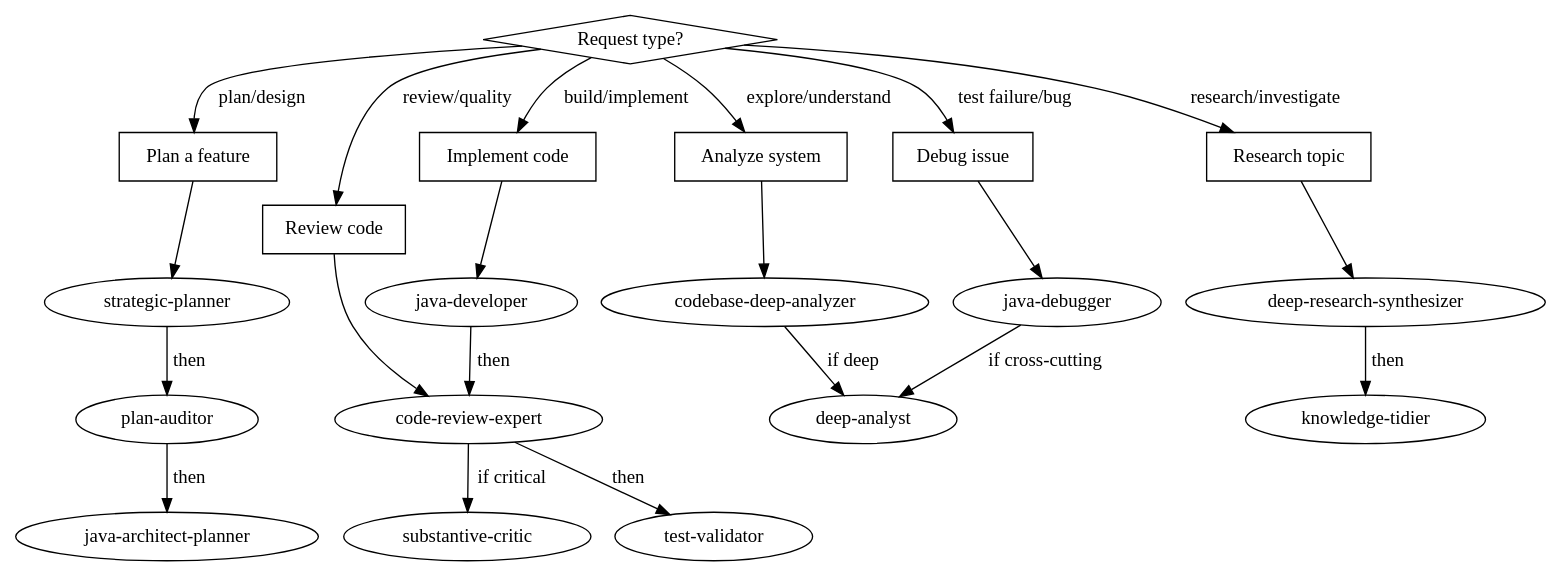
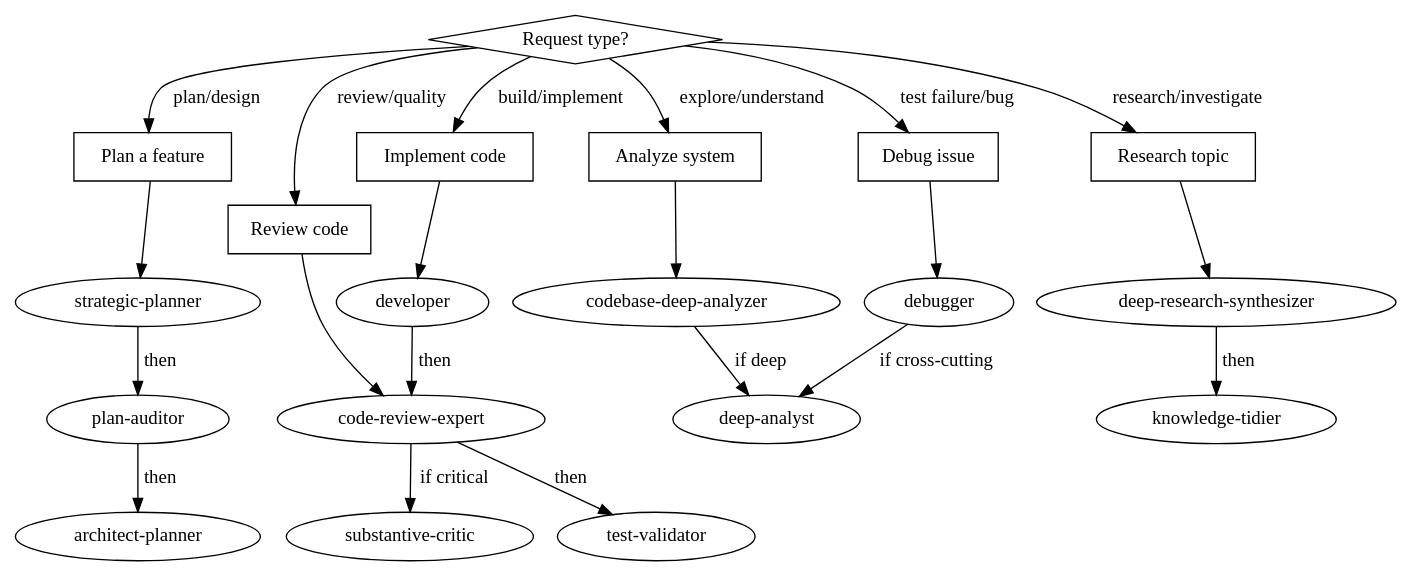
One commit to Hellblazer/nexus changed the diagram in nx/skills/orchestration/SKILL.md. Above: the diagram before and after it, drawn with Graphviz. The commit also changed other lines of this file and 27 other files, not shown here.

````diff
--- a/nx/skills/orchestration/SKILL.md
+++ b/nx/skills/orchestration/SKILL.md
@@ -18,53 +18,53 @@
 ```dot
 digraph routing {
     rankdir=TB;
     "Request type?" [shape=diamond];
 
     "Plan a feature" [shape=box];
     "Implement code" [shape=box];
     "Debug issue" [shape=box];
     "Review code" [shape=box];
     "Research topic" [shape=box];
     "Analyze system" [shape=box];
 
     "strategic-planner" [shape=ellipse];
     "plan-auditor" [shape=ellipse];
-    "java-architect-planner" [shape=ellipse];
-    "java-developer" [shape=ellipse];
+    "architect-planner" [shape=ellipse];
+    "developer" [shape=ellipse];
     "code-review-expert" [shape=ellipse];
     "test-validator" [shape=ellipse];
-    "java-debugger" [shape=ellipse];
+    "debugger" [shape=ellipse];
     "deep-analyst" [shape=ellipse];
     "substantive-critic" [shape=ellipse];
     "deep-research-synthesizer" [shape=ellipse];
     "knowledge-tidier" [shape=ellipse];
     "codebase-deep-analyzer" [shape=ellipse];
 
     "Request type?" -> "Plan a feature" [label="plan/design"];
     "Request type?" -> "Implement code" [label="build/implement"];
     "Request type?" -> "Debug issue" [label="test failure/bug"];
     "Request type?" -> "Review code" [label="review/quality"];
     "Request type?" -> "Research topic" [label="research/investigate"];
     "Request type?" -> "Analyze system" [label="explore/understand"];
 
     "Plan a feature" -> "strategic-planner";
     "strategic-planner" -> "plan-auditor" [label="then"];
-    "plan-auditor" -> "java-architect-planner" [label="then"];
+    "plan-auditor" -> "architect-planner" [label="then"];
 
-    "Implement code" -> "java-developer";
-    "java-developer" -> "code-review-expert" [label="then"];
+    "Implement code" -> "developer";
+    "developer" -> "code-review-expert" [label="then"];
     "code-review-expert" -> "test-validator" [label="then"];
 
-    "Debug issue" -> "java-debugger";
-    "java-debugger" -> "deep-analyst" [label="if cross-cutting"];
+    "Debug issue" -> "debugger";
+    "debugger" -> "deep-analyst" [label="if cross-cutting"];
 
     "Review code" -> "code-review-expert";
     "code-review-expert" -> "substantive-critic" [label="if critical"];
 
     "Research topic" -> "deep-research-synthesizer";
     "deep-research-synthesizer" -> "knowledge-tidier" [label="then"];
 
     "Analyze system" -> "codebase-deep-analyzer";
     "codebase-deep-analyzer" -> "deep-analyst" [label="if deep"];
 }
 ```
````
